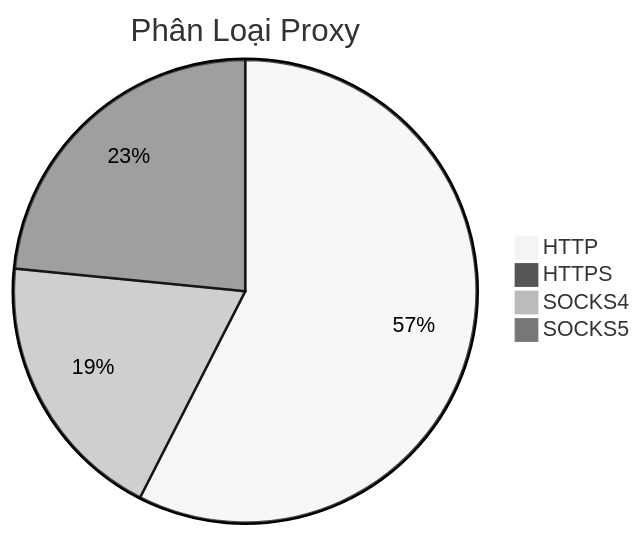
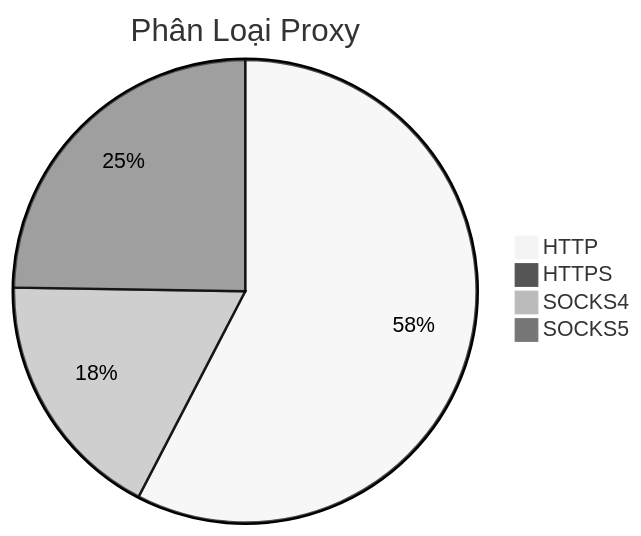
The diagram in README.md (Ciara-12/PROXY-free), drawn with Mermaid (neutral theme) before and after one commit. The commit also changed other lines of this file and 4 other files, not shown here.

````diff
--- a/README.md
+++ b/README.md
@@ -26,7 +26,7 @@
 ```mermaid
 pie title Phân Loại Proxy
     "HTTP" : 866
-    "HTTPS" : 2
-    "SOCKS4" : 287
-    "SOCKS5" : 353
+    "HTTPS" : 3
+    "SOCKS4" : 265
+    "SOCKS5" : 372
 ```
````
